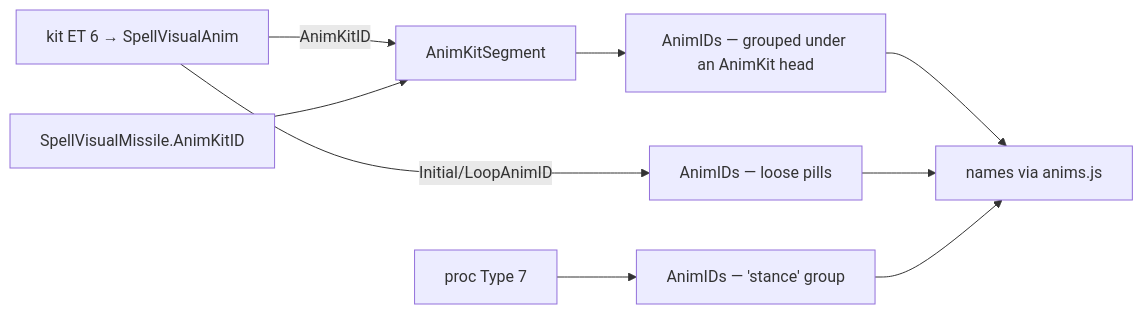
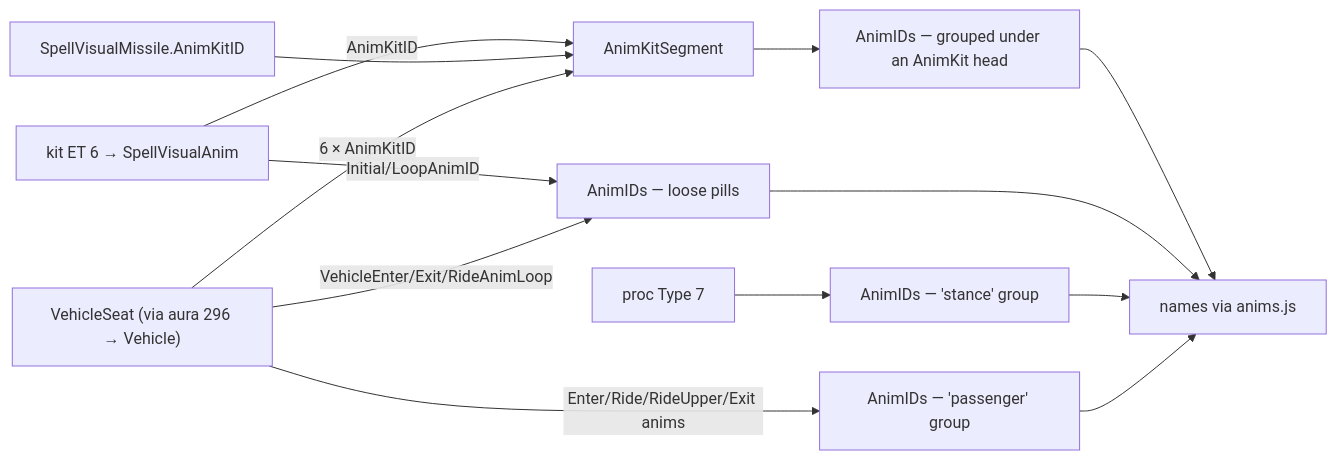
One commit to Natans8/Epsilook changed the seventh of 13 diagrams in DATA_ROUTES.md. Above: the diagram before and after it, drawn with Mermaid. The commit also changed other lines of this file and 6 other files, not shown here.

First line of the commit message:
Vehicles: seat attachment points and passenger animations (pack format 23)

````diff
--- a/DATA_ROUTES.md
+++ b/DATA_ROUTES.md
@@ -252,10 +252,14 @@
 ```mermaid
 flowchart LR
   K6["kit ET 6 → SpellVisualAnim"] -->|AnimKitID| AKS["AnimKitSegment"] --> AID1["AnimIDs — grouped under an AnimKit head"]
   MAK["SpellVisualMissile.AnimKitID"] --> AKS
   K6 -->|"Initial/LoopAnimID"| AID2["AnimIDs — loose pills"]
   P7["proc Type 7"] --> AID3["AnimIDs — 'stance' group"]
+  VS["VehicleSeat (via aura 296 → Vehicle)"] -->|"Enter/Ride/RideUpper/Exit anims"| AID4["AnimIDs — 'passenger' group"]
+  VS -->|"VehicleEnter/Exit/RideAnimLoop"| AID2
+  VS -->|"6 × AnimKitID"| AKS
   AID1 --> N["names via anims.js"]
   AID2 --> N
   AID3 --> N
+  AID4 --> N
 ```
````
